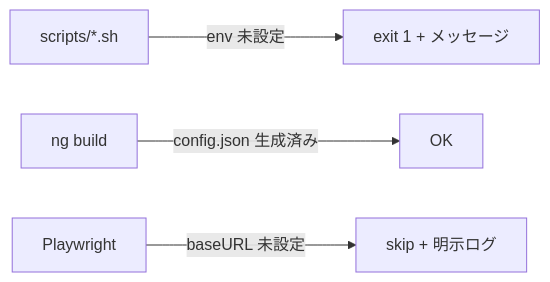
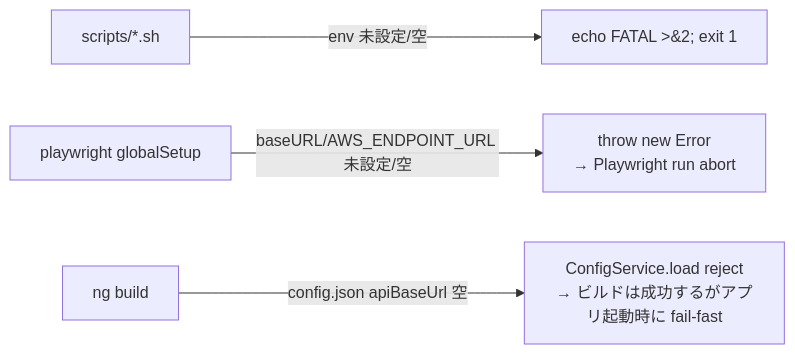
The tenth of 11 diagrams in docs/floci-apigateway-csharp/design/04_process-flow-design.md (NagasakaH/dev-process), drawn with Mermaid before and after one commit. The commit also changed other lines of this file and 6 other files, not shown here.

````diff
--- a/docs/floci-apigateway-csharp/design/04_process-flow-design.md
+++ b/docs/floci-apigateway-csharp/design/04_process-flow-design.md
@@ -237,6 +242,6 @@
 ```mermaid
 flowchart LR
-    SH[scripts/*.sh] -->|env 未設定| EXIT[exit 1 + メッセージ]
-    NG[ng build] -->|config.json 生成済み| OK
-    PW[Playwright] -->|baseURL 未設定| FAIL[skip + 明示ログ]
+    SH[scripts/*.sh] -->|env 未設定/空| EXIT1[echo FATAL >&2; exit 1]
+    GS[playwright globalSetup] -->|baseURL/AWS_ENDPOINT_URL 未設定/空| THROW[throw new Error<br/>→ Playwright run abort]
+    NG[ng build] -->|config.json apiBaseUrl 空| FAIL2[ConfigService.load reject<br/>→ ビルドは成功するがアプリ起動時に fail-fast]
 ```
````
